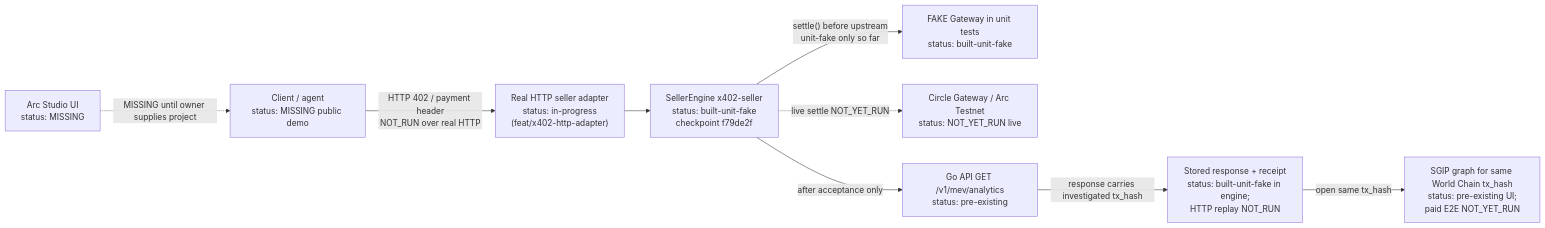
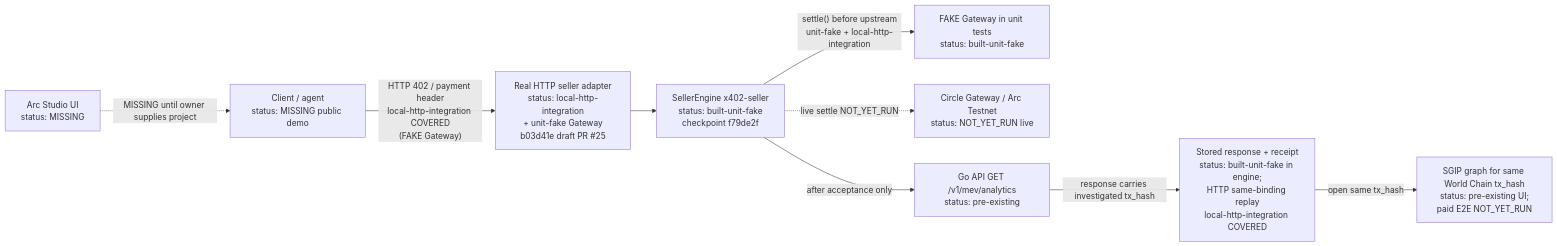
The diagram in docs/ARCHITECTURE_SLICE.md (ozzyshaik-org/world-supersonic-public), drawn with Mermaid before and after one commit. The commit also changed other lines of this file and 7 other files, not shown here.

First line of the commit message:
docs(evidence): record b03d41e local-http-integration (PR #25)

````diff
--- a/docs/ARCHITECTURE_SLICE.md
+++ b/docs/ARCHITECTURE_SLICE.md
@@ -30,21 +30,21 @@
 ```mermaid
 flowchart LR
     STUDIO["Arc Studio UI<br/>status: MISSING"]
     CLIENT["Client / agent<br/>status: MISSING public demo"]
-    HTTP["Real HTTP seller adapter<br/>status: in-progress<br/>(feat/x402-http-adapter)"]
+    HTTP["Real HTTP seller adapter<br/>status: local-http-integration<br/>+ unit-fake Gateway<br/>b03d41e draft PR #25"]
     ENGINE["SellerEngine x402-seller<br/>status: built-unit-fake<br/>checkpoint f79de2f"]
     FAKE["FAKE Gateway in unit tests<br/>status: built-unit-fake"]
     GW["Circle Gateway / Arc Testnet<br/>status: NOT_YET_RUN live"]
     API["Go API GET /v1/mev/analytics<br/>status: pre-existing"]
-    STORE["Stored response + receipt<br/>status: built-unit-fake in engine;<br/>HTTP replay NOT_RUN"]
+    STORE["Stored response + receipt<br/>status: built-unit-fake in engine;<br/>HTTP same-binding replay<br/>local-http-integration COVERED"]
     SGIP["SGIP graph for same World Chain tx_hash<br/>status: pre-existing UI;<br/>paid E2E NOT_YET_RUN"]
 
     STUDIO -.->|"MISSING until owner supplies project"| CLIENT
-    CLIENT -->|"HTTP 402 / payment header<br/>NOT_RUN over real HTTP"| HTTP
+    CLIENT -->|"HTTP 402 / payment header<br/>local-http-integration COVERED<br/>(FAKE Gateway)"| HTTP
     HTTP --> ENGINE
-    ENGINE -->|"settle() before upstream<br/>unit-fake only so far"| FAKE
+    ENGINE -->|"settle() before upstream<br/>unit-fake + local-http-integration"| FAKE
     ENGINE -.->|"live settle NOT_YET_RUN"| GW
     ENGINE -->|"after acceptance only"| API
     API -->|"response carries investigated tx_hash"| STORE
     STORE -->|"open same tx_hash"| SGIP
 ```
````
